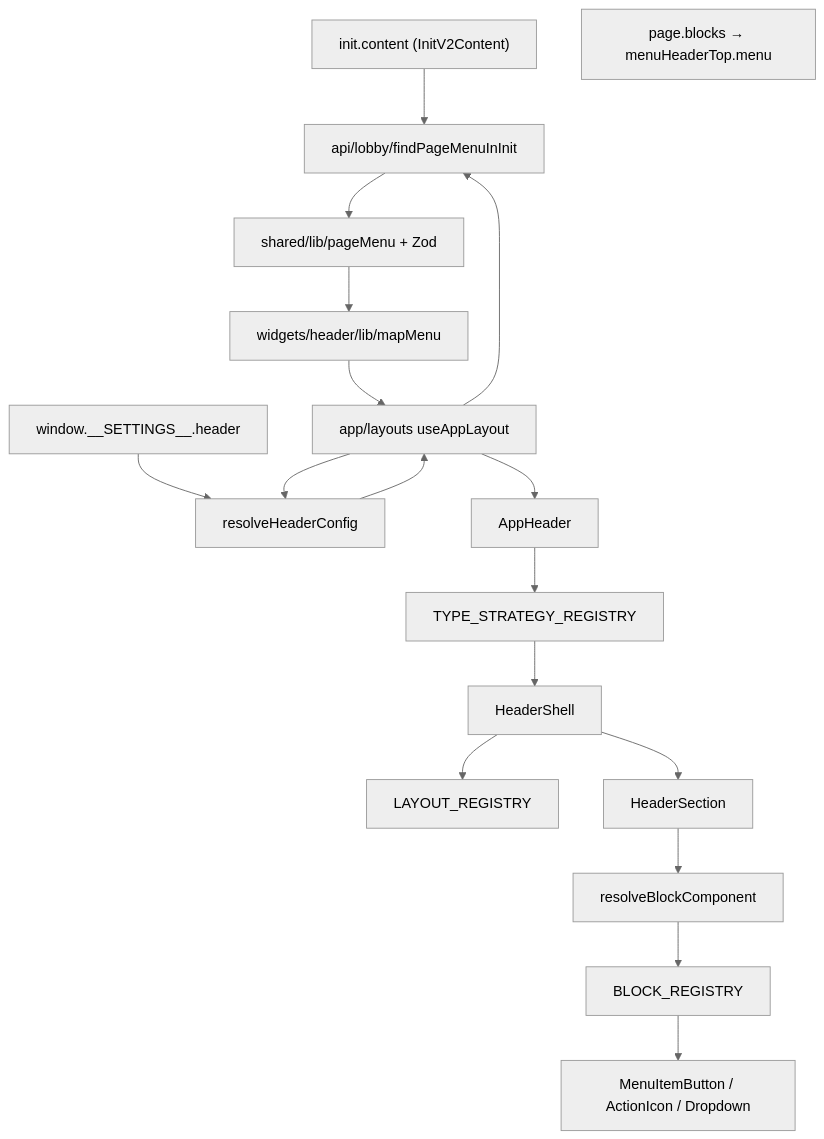
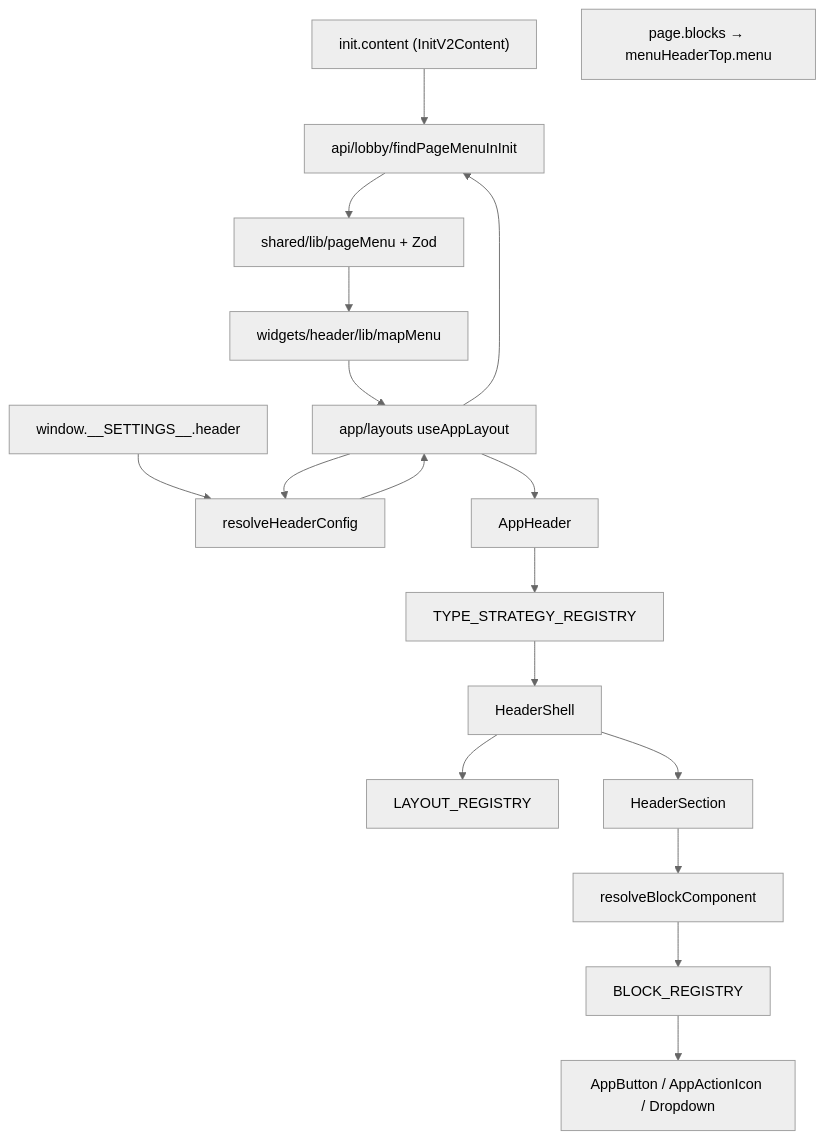
One commit to obj-QED/iGambling changed the diagram in src/widgets/ARCHITECTURE.md. Above: the diagram before and after it, drawn with Mermaid (neutral theme). The commit also changed 183 other files, not shown here.

````diff
--- a/src/widgets/ARCHITECTURE.md
+++ b/src/widgets/ARCHITECTURE.md
@@ -7,36 +7,36 @@
 ```mermaid
 flowchart TD
   init["init.content (InitV2Content)"]
   settings["window.__SETTINGS__.header"]
   parse["shared/lib/pageMenu + Zod"]
   find["api/lobby/findPageMenuInInit"]
   map["widgets/header/lib/mapMenu"]
   extract["page.blocks → menuHeaderTop.menu"]
   config["resolveHeaderConfig"]
   app["app/layouts useAppLayout"]
   header["AppHeader"]
   typeReg["TYPE_STRATEGY_REGISTRY"]
   shell["HeaderShell"]
   layoutReg["LAYOUT_REGISTRY"]
   section["HeaderSection"]
   blockRes["resolveBlockComponent"]
   blockReg["BLOCK_REGISTRY"]
-  menuUi["MenuItemButton / ActionIcon / Dropdown"]
+  menuUi["AppButton / AppActionIcon / Dropdown"]
 
   init --> find
   find --> parse
   parse --> map
   settings --> config
   app --> find
   app --> config
   map --> app
   config --> app
   app --> header
   header --> typeReg
   typeReg --> shell
   shell --> layoutReg
   shell --> section
   section --> blockRes
   blockRes --> blockReg
   blockReg --> menuUi
 ```
````
